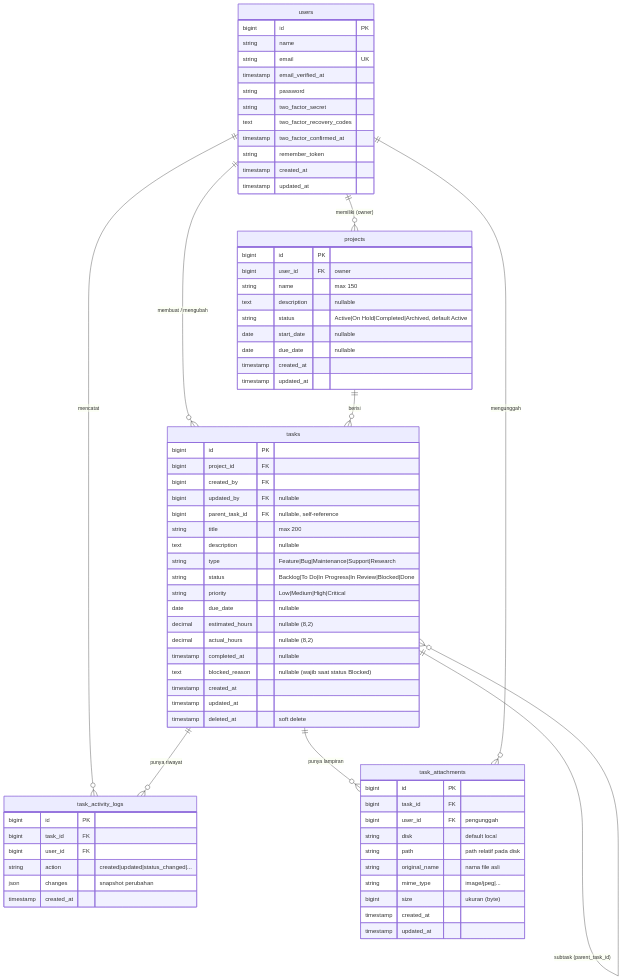
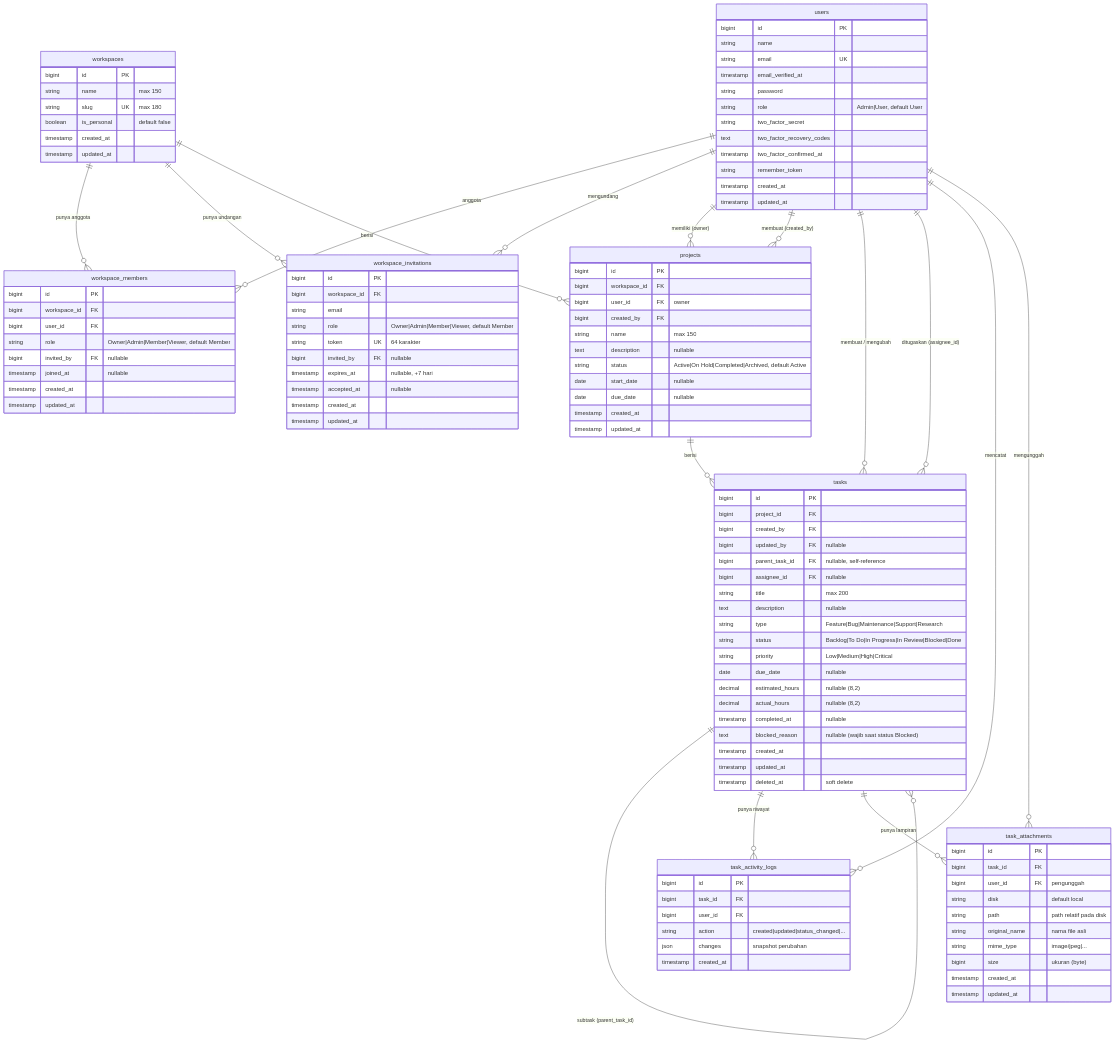
Before and after one commit to DevTask-app/frontend_davt: the diagram in docs/ERD.md, drawn with Mermaid. The commit also changed other lines of this file and 4 other files, not shown here.

````diff
--- a/docs/ERD.md
+++ b/docs/ERD.md
@@ -7,11 +7,18 @@
 ```mermaid
 erDiagram
+    users ||--o{ workspace_members : "anggota"
+    workspaces ||--o{ workspace_members : "punya anggota"
+    workspaces ||--o{ workspace_invitations : "punya undangan"
+    users ||--o{ workspace_invitations : "mengundang"
+    workspaces ||--o{ projects : "berisi"
     users ||--o{ projects : "memiliki (owner)"
+    users ||--o{ projects : "membuat (created_by)"
+    projects ||--o{ tasks : "berisi"
     users ||--o{ tasks : "membuat / mengubah"
-    users ||--o{ task_activity_logs : "mencatat"
-    projects ||--o{ tasks : "berisi"
+    users ||--o{ tasks : "ditugaskan (assignee_id)"
     tasks ||--o{ tasks : "subtask (parent_task_id)"
     tasks ||--o{ task_activity_logs : "punya riwayat"
+    users ||--o{ task_activity_logs : "mencatat"
     tasks ||--o{ task_attachments : "punya lampiran"
     users ||--o{ task_attachments : "mengunggah"
 
@@ -21,6 +28,7 @@
         string email UK
         timestamp email_verified_at
         string password
+        string role "Admin|User, default User"
         string two_factor_secret
         text two_factor_recovery_codes
         timestamp two_factor_confirmed_at
@@ -29,9 +37,44 @@
         timestamp updated_at
     }
 
+    workspaces {
+        bigint id PK
+        string name "max 150"
+        string slug UK "max 180"
+        boolean is_personal "default false"
+        timestamp created_at
+        timestamp updated_at
+    }
+
+    workspace_members {
+        bigint id PK
+        bigint workspace_id FK
+        bigint user_id FK
+        string role "Owner|Admin|Member|Viewer, default Member"
+        bigint invited_by FK "nullable"
+        timestamp joined_at "nullable"
+        timestamp created_at
+        timestamp updated_at
+    }
+
+    workspace_invitations {
+        bigint id PK
+        bigint workspace_id FK
+        string email
+        string role "Owner|Admin|Member|Viewer, default Member"
+        string token UK "64 karakter"
+        bigint invited_by FK "nullable"
+        timestamp expires_at "nullable, +7 hari"
+        timestamp accepted_at "nullable"
+        timestamp created_at
+        timestamp updated_at
+    }
+
     projects {
         bigint id PK
+        bigint workspace_id FK
         bigint user_id FK "owner"
+        bigint created_by FK
         string name "max 150"
         text description "nullable"
         string status "Active|On Hold|Completed|Archived, default Active"
@@ -47,6 +90,7 @@
         bigint created_by FK
         bigint updated_by FK "nullable"
         bigint parent_task_id FK "nullable, self-reference"
+        bigint assignee_id FK "nullable"
         string title "max 200"
         text description "nullable"
         string type "Feature|Bug|Maintenance|Support|Research"
````
